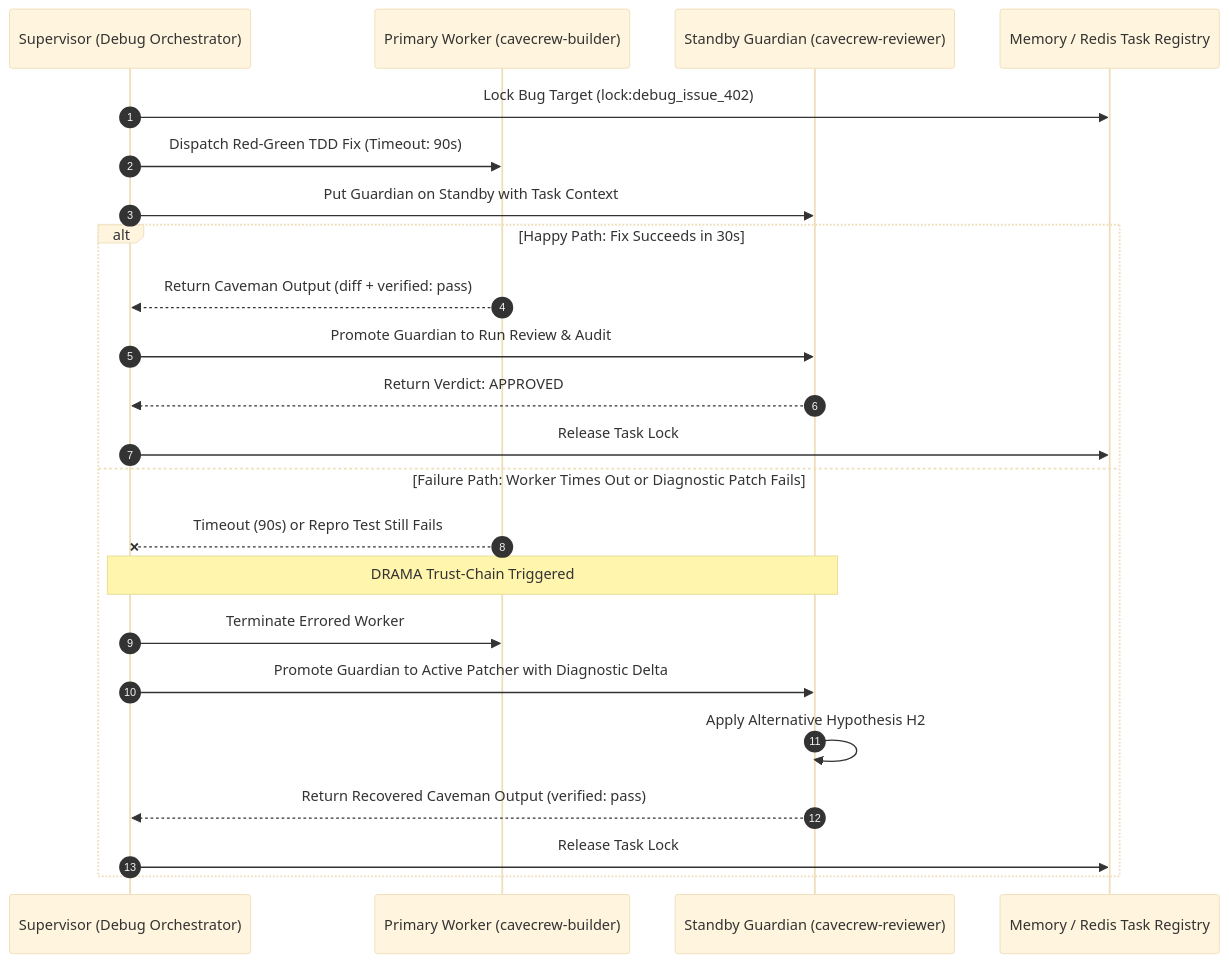
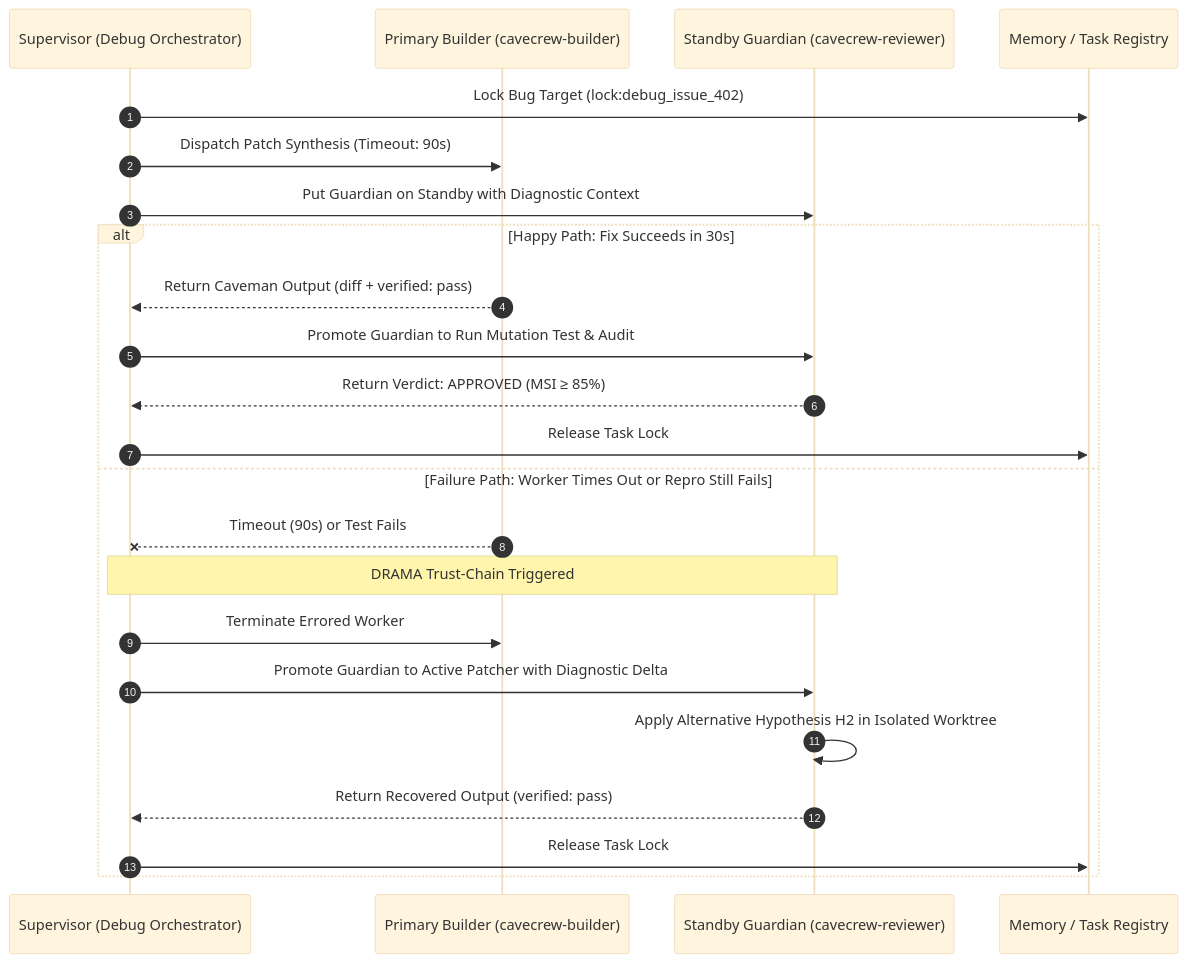
One commit to LorenzoBela/ultimate-workflows changed the third of 3 diagrams in universal/ultimate-debugging-workflow.md. Above: the diagram before and after it, drawn with Mermaid (base theme). The commit also changed other lines of this file and 1 other file, not shown here.

````diff
--- a/universal/ultimate-debugging-workflow.md
+++ b/universal/ultimate-debugging-workflow.md
@@ -561,27 +376,27 @@
 ```mermaid
 sequenceDiagram
     autonumber
     participant S as Supervisor (Debug Orchestrator)
-    participant W as Primary Worker (cavecrew-builder)
+    participant W as Primary Builder (cavecrew-builder)
     participant G as Standby Guardian (cavecrew-reviewer)
-    participant R as Memory / Redis Task Registry
+    participant R as Memory / Task Registry
 
     S->>R: Lock Bug Target (lock:debug_issue_402)
-    S->>W: Dispatch Red-Green TDD Fix (Timeout: 90s)
-    S->>G: Put Guardian on Standby with Task Context
+    S->>W: Dispatch Patch Synthesis (Timeout: 90s)
+    S->>G: Put Guardian on Standby with Diagnostic Context
     
     alt Happy Path: Fix Succeeds in 30s
         W-->>S: Return Caveman Output (diff + verified: pass)
-        S->>G: Promote Guardian to Run Review & Audit
-        G-->>S: Return Verdict: APPROVED
+        S->>G: Promote Guardian to Run Mutation Test & Audit
+        G-->>S: Return Verdict: APPROVED (MSI ≥ 85%)
         S->>R: Release Task Lock
-    else Failure Path: Worker Times Out or Diagnostic Patch Fails
-        W--xS: Timeout (90s) or Repro Test Still Fails
+    else Failure Path: Worker Times Out or Repro Still Fails
+        W--xS: Timeout (90s) or Test Fails
         Note over S,G: DRAMA Trust-Chain Triggered
         S->>W: Terminate Errored Worker
         S->>G: Promote Guardian to Active Patcher with Diagnostic Delta
-        G->>G: Apply Alternative Hypothesis H2
-        G-->>S: Return Recovered Caveman Output (verified: pass)
+        G->>G: Apply Alternative Hypothesis H2 in Isolated Worktree
+        G-->>S: Return Recovered Output (verified: pass)
         S->>R: Release Task Lock
     end
 ```
````
